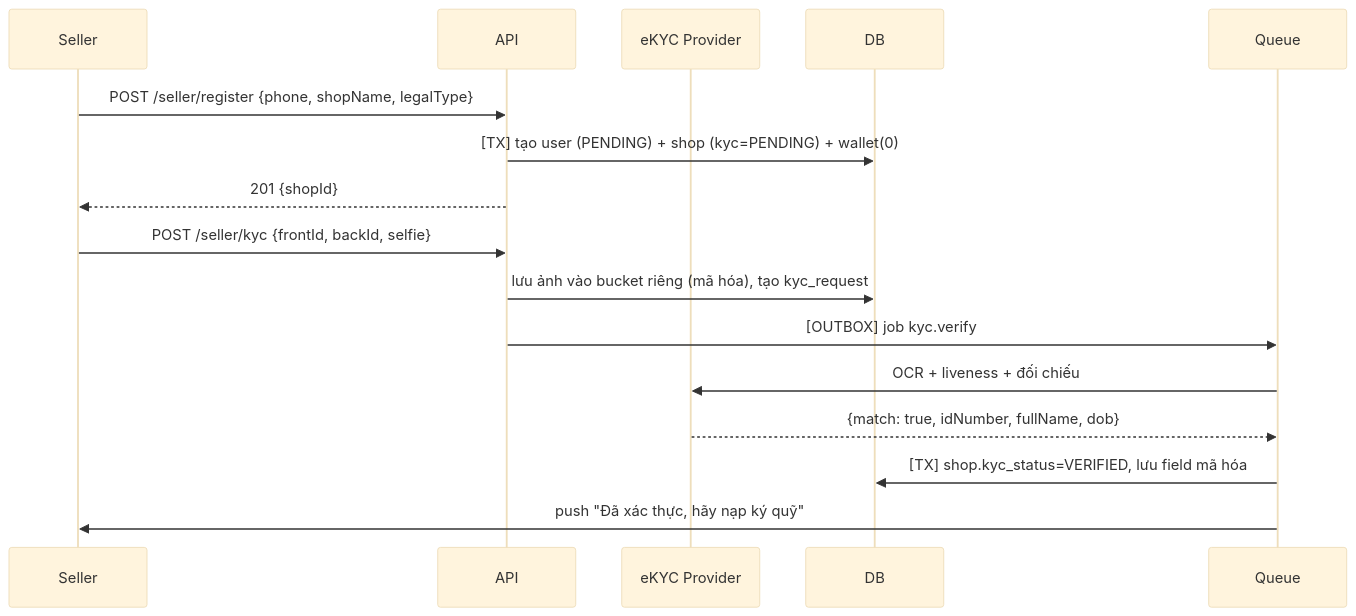
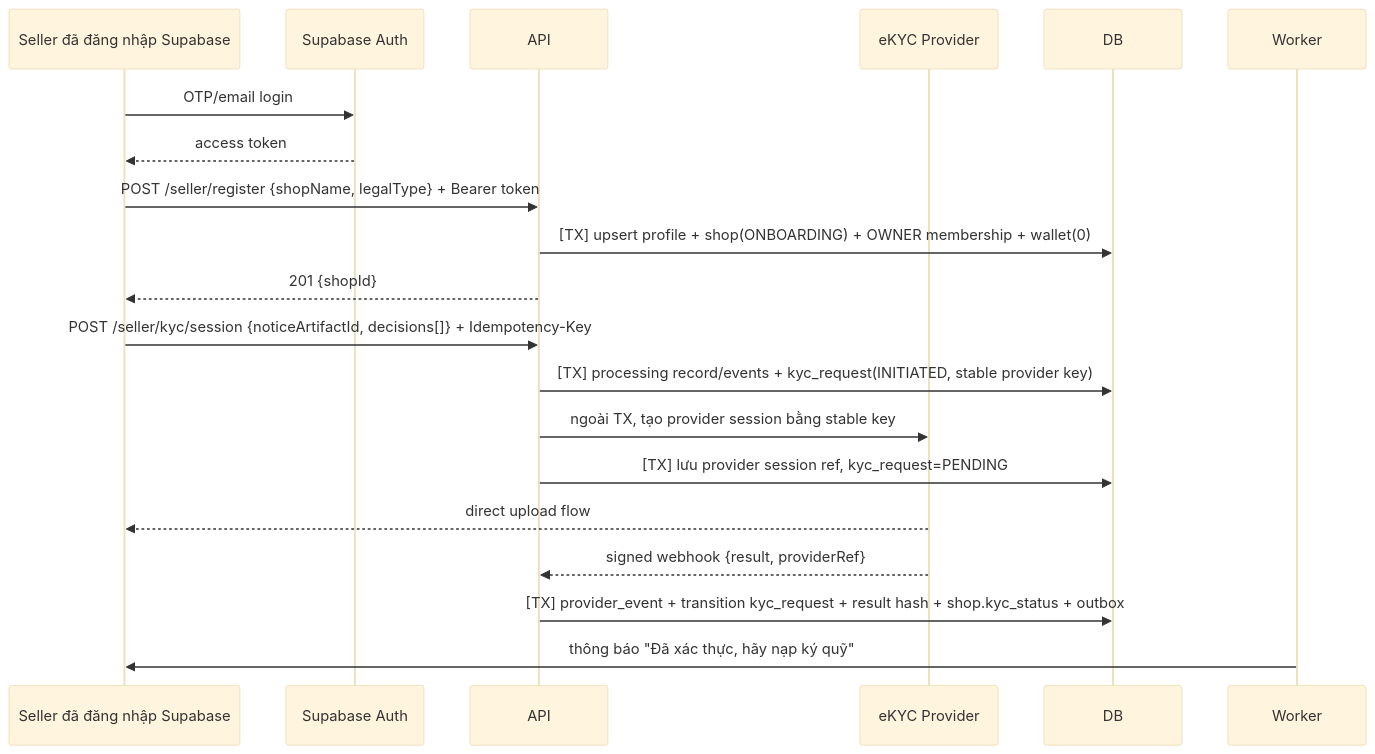
One commit to kttt294/Rebox changed the first of 4 diagrams in docs/02-BACKEND-FLOWS.md. Above: the diagram before and after it, drawn with Mermaid (base theme). The commit also changed other lines of this file and 68 other files, not shown here.

````diff
--- a/docs/02-BACKEND-FLOWS.md
+++ b/docs/02-BACKEND-FLOWS.md
@@ -17,19 +17,23 @@
 ```mermaid
 sequenceDiagram
-  participant S as Seller
+  participant S as Seller đã đăng nhập Supabase
+  participant AUTH as Supabase Auth
   participant API
   participant KYC as eKYC Provider
   participant DB
-  participant Q as Queue
+  participant W as Worker
 
-  S->>API: POST /seller/register {phone, shopName, legalType}
-  API->>DB: [TX] tạo user (PENDING) + shop (kyc=PENDING) + wallet(0)
+  S->>AUTH: OTP/email login
+  AUTH-->>S: access token
+  S->>API: POST /seller/register {shopName, legalType} + Bearer token
+  API->>DB: [TX] upsert profile + shop(ONBOARDING) + OWNER membership + wallet(0)
   API-->>S: 201 {shopId}
-  S->>API: POST /seller/kyc {frontId, backId, selfie}
-  API->>DB: lưu ảnh vào bucket riêng (mã hóa), tạo kyc_request
-  API->>Q: [OUTBOX] job kyc.verify
-  Q->>KYC: OCR + liveness + đối chiếu
-  KYC-->>Q: {match: true, idNumber, fullName, dob}
-  Q->>DB: [TX] shop.kyc_status=VERIFIED, lưu field mã hóa
-  Q->>S: push "Đã xác thực, hãy nạp ký quỹ"
+  S->>API: POST /seller/kyc/session {noticeArtifactId, decisions[]} + Idempotency-Key
+  API->>DB: [TX] processing record/events + kyc_request(INITIATED, stable provider key)
+  API->>KYC: ngoài TX, tạo provider session bằng stable key
+  API->>DB: [TX] lưu provider session ref, kyc_request=PENDING
+  KYC-->>S: direct upload flow
+  KYC-->>API: signed webhook {result, providerRef}
+  API->>DB: [TX] provider_event + transition kyc_request + result hash + shop.kyc_status + outbox
+  W->>S: thông báo "Đã xác thực, hãy nạp ký quỹ"
 ```
````
